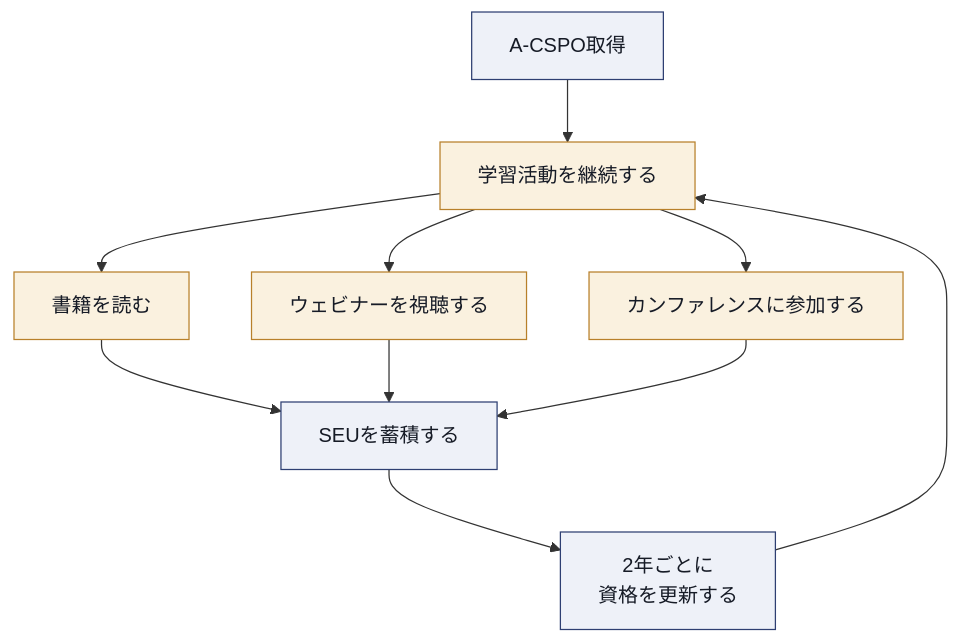
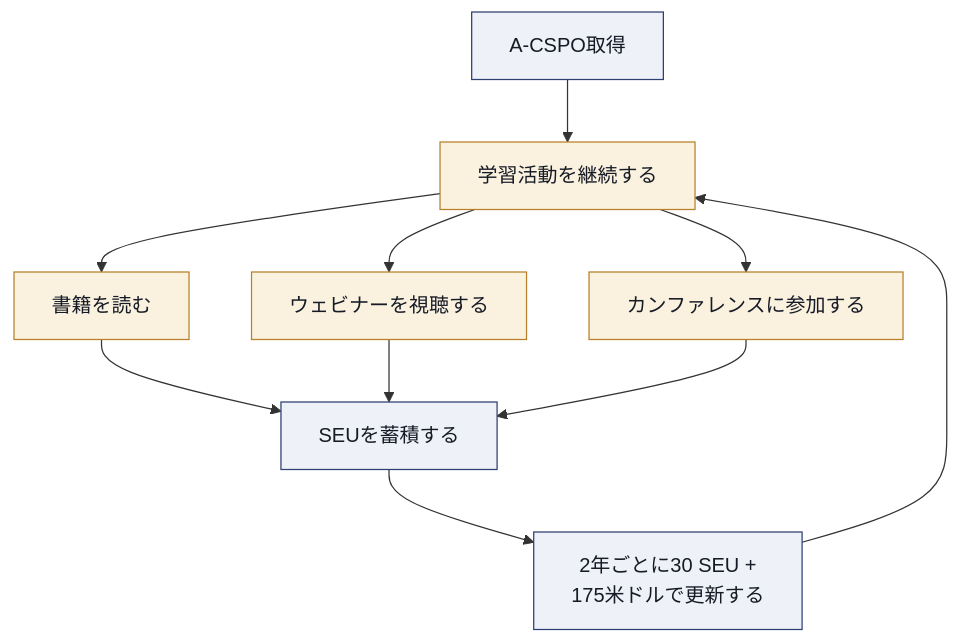
Diagram 17 of 17 in A-cspo-advanced-certified-scrum-product-owner-study-guide.md (myoshi2891/Management-Team-Building-Studies), drawn with Mermaid before and after one commit. The commit also changed other lines of this file, not shown here.

````diff
--- a/A-cspo-advanced-certified-scrum-product-owner-study-guide.md
+++ b/A-cspo-advanced-certified-scrum-product-owner-study-guide.md
@@ -932,18 +946,17 @@
 ```mermaid
 flowchart TD
     A["A-CSPO取得"] --> B["学習活動を継続する"]
     B --> B1["書籍を読む"]
     B --> B2["ウェビナーを視聴する"]
     B --> B3["カンファレンスに参加する"]
     B1 --> C["SEUを蓄積する"]
     B2 --> C
     B3 --> C
-    C --> D["2年ごとに
-資格を更新する"]
+    C --> D["2年ごとに30 SEU +<br/>175米ドルで更新する"]
     D --> B
 
     classDef box fill:#EEF1F8,stroke:#2E3F72,color:#161B26
     classDef hub fill:#FAF1DF,stroke:#B8802A,color:#161B26
     class A,C,D box
     class B,B1,B2,B3 hub
 ```
````
